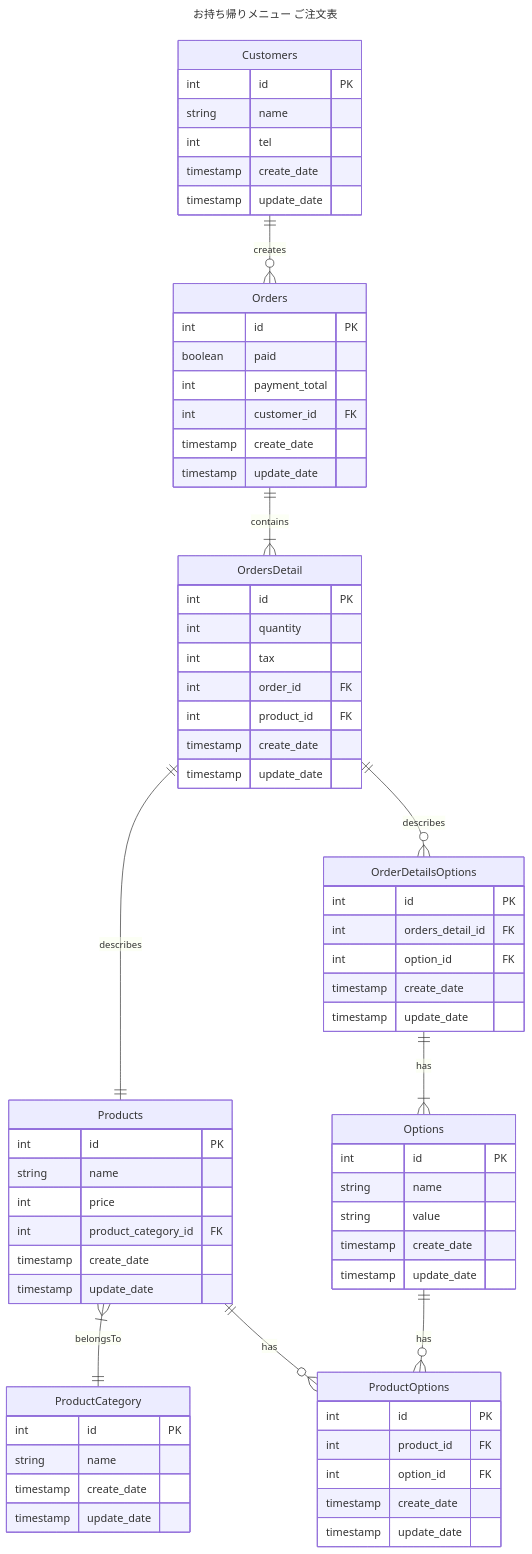
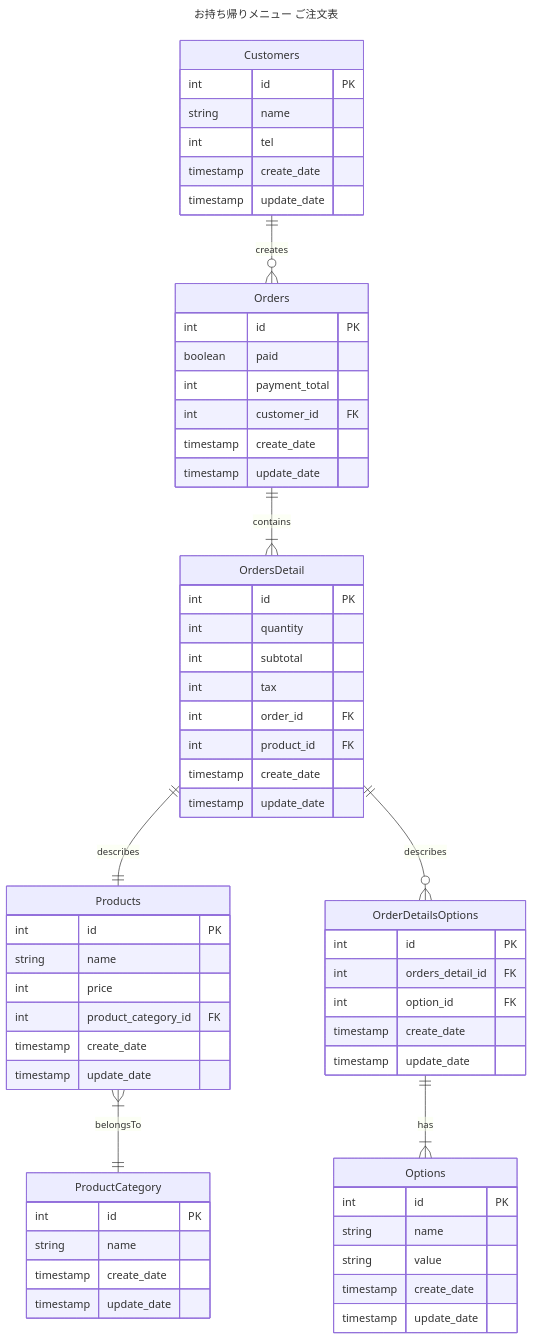
The diagram in db/modeling/1/2-1.md (ttakuma17/til), drawn with Mermaid before and after one commit. The commit also changed other lines of this file and 2 other files, not shown here.

Commit message:
1-2の課題対応

````diff
--- a/db/modeling/1/2-1.md
+++ b/db/modeling/1/2-1.md
@@ -8,73 +9,65 @@
 ```mermaid
 ---
 title: お持ち帰りメニュー ご注文表
 ---
 erDiagram
     Customers ||--o{ Orders : creates
     Customers {
         int id PK
         string name
         int tel
         timestamp create_date
         timestamp update_date
     }
     Orders ||--|{ OrdersDetail : contains
     Orders { 
         int id PK
         boolean paid
         int payment_total
         int customer_id FK
         timestamp create_date
         timestamp update_date
     }
     OrdersDetail ||--|| Products : describes
     OrdersDetail {
         int id PK
         int quantity
+        int subtotal
         int tax
         int order_id FK
         int product_id FK
         timestamp create_date
         timestamp update_date
     }
     Products {
         int id PK
         string name
         int price
         int product_category_id FK
         timestamp create_date
         timestamp update_date 
     }
     Products }|--|| ProductCategory : belongsTo
     ProductCategory {
         int id PK
         string name
         timestamp create_date
         timestamp update_date
     }
-    Products ||--o{ ProductOptions : has
-    ProductOptions {
-        int id PK
-        int product_id FK
-        int option_id FK
-        timestamp create_date
-        timestamp update_date
-    }
-    Options ||--o{ ProductOptions : has
     Options {
         int id PK
         string name
         string value
         timestamp create_date
         timestamp update_date
     }
     OrdersDetail ||--o{ OrderDetailsOptions: describes
     OrderDetailsOptions ||--|{ Options: has
     OrderDetailsOptions {
         int id PK
         int orders_detail_id FK
         int option_id FK
         timestamp create_date
         timestamp update_date
     }
 ```
````
